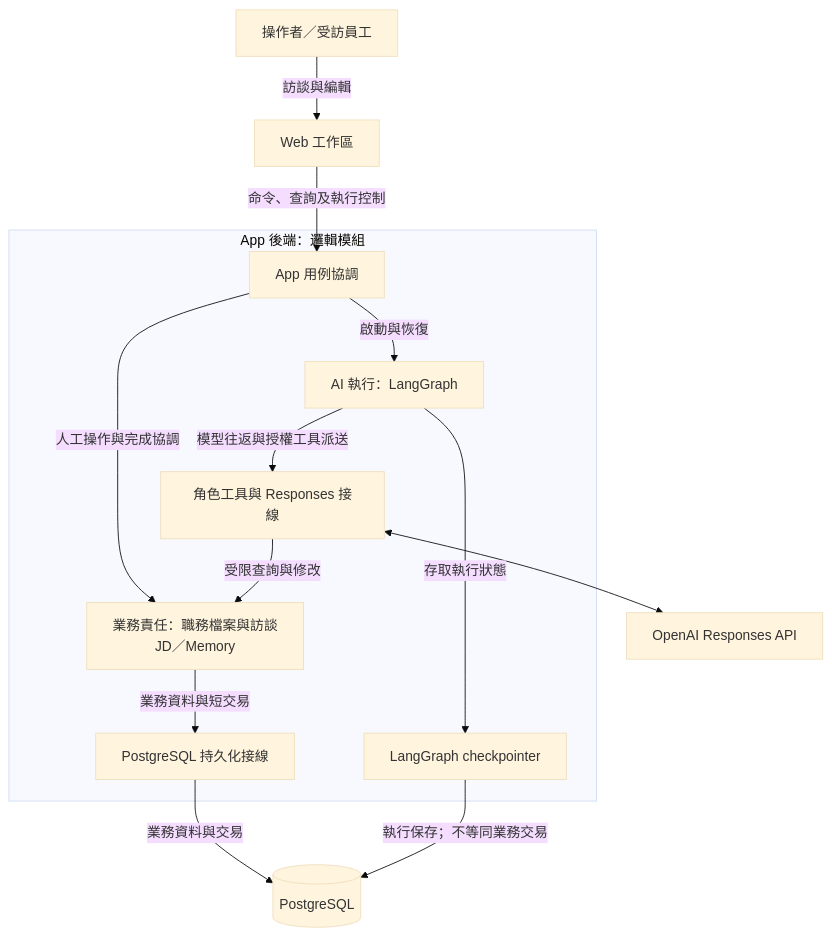
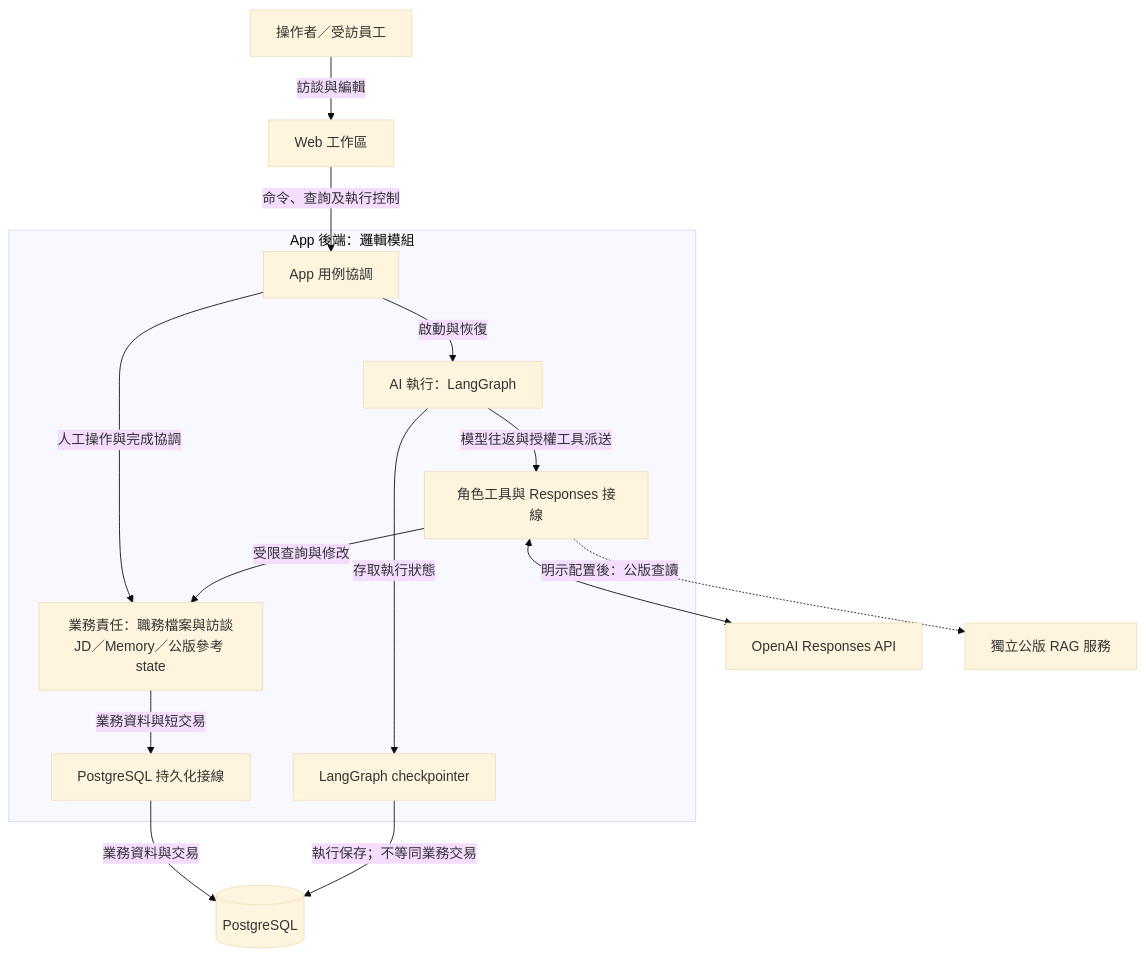
Before and after one commit to JD-Consultant/Caliburn: the diagram in docs/architecture/system-boundaries.md, drawn with Mermaid (base theme). The commit also changed other lines of this file and 25 other files, not shown here.

Commit message:
docs: clarify product architecture and submission report

````diff
--- a/docs/architecture/system-boundaries.md
+++ b/docs/architecture/system-boundaries.md
@@ -19,16 +23,17 @@
 ```mermaid
 flowchart TB
   person[操作者／受訪員工] -->|訪談與編輯| web[Web 工作區]
   web -->|命令、查詢及執行控制| usecase[App 用例協調]
   subgraph backend[App 後端：邏輯模組]
     usecase -->|啟動與恢復| execution[AI 執行：LangGraph]
-    usecase -->|人工操作與完成協調| domain[業務責任：職務檔案與訪談<br/>JD／Memory]
+    usecase -->|人工操作與完成協調| domain[業務責任：職務檔案與訪談<br/>JD／Memory／公版參考 state]
     execution -->|模型往返與授權工具派送| adapter[角色工具與 Responses 接線]
     adapter -->|受限查詢與修改| domain
     domain -->|業務資料與短交易| persistence[PostgreSQL 持久化接線]
     execution -->|存取執行狀態| checkpoint[LangGraph checkpointer]
   end
   adapter <--> provider[OpenAI Responses API]
+  adapter -.->|明示配置後：公版查讀| rag[獨立公版 RAG 服務]
   persistence -->|業務資料與交易| pg[(PostgreSQL)]
   checkpoint -->|執行保存；不等同業務交易| pg
 ```
````
